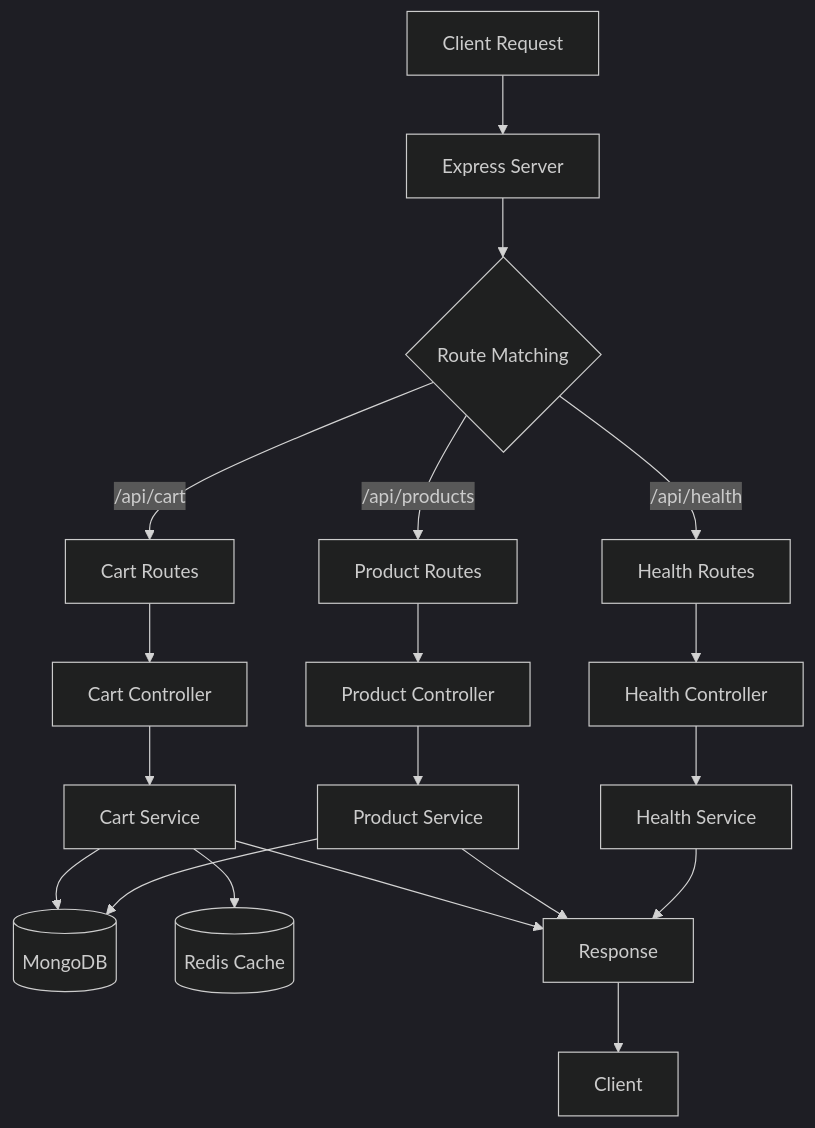
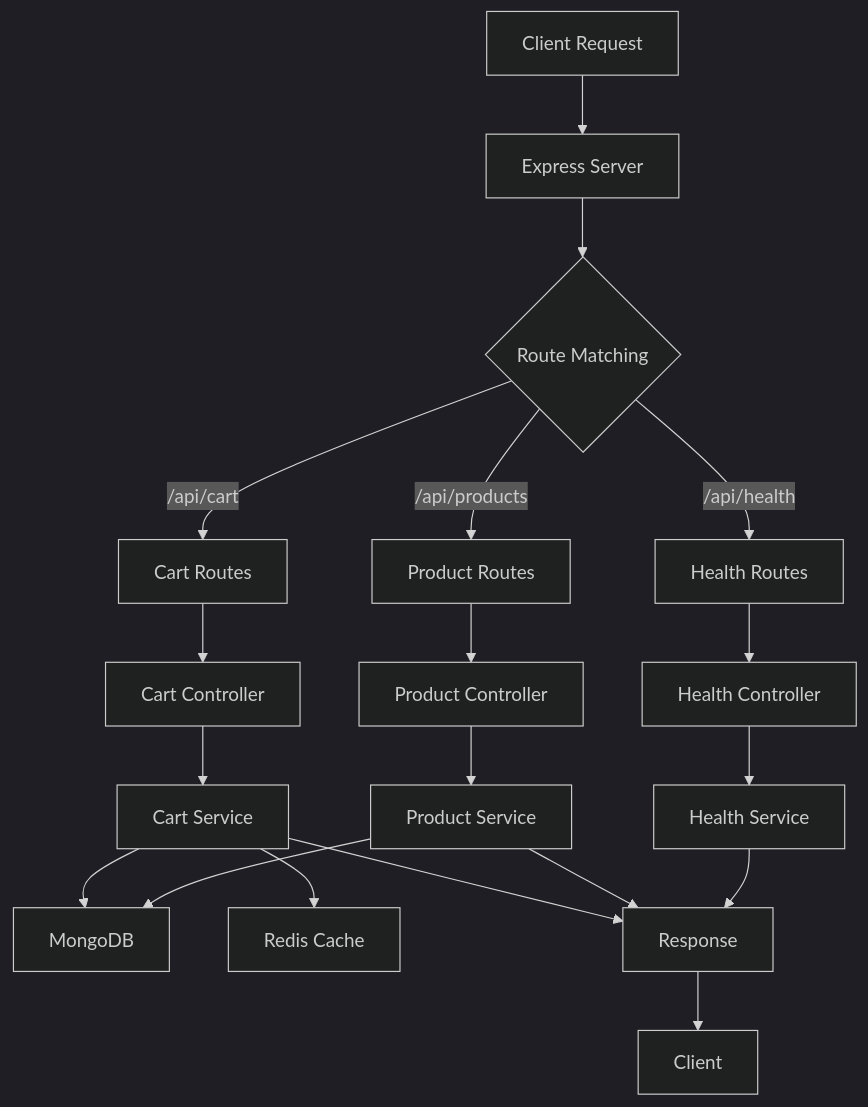
The diagram in SERVER_ARCHITECTURE_MAP.md (shmuelkapiloff/simple-), drawn with Mermaid (dark theme) before and after one commit.

Commit message:
fix: Update Mermaid diagram syntax for GitHub compatibility

````diff
--- a/SERVER_ARCHITECTURE_MAP.md
+++ b/SERVER_ARCHITECTURE_MAP.md
@@ -43,25 +43,25 @@
 ```mermaid
 graph TD
     A[Client Request] --> B[Express Server]
     B --> C{Route Matching}
     C -->|/api/health| D[Health Routes]
     C -->|/api/products| E[Product Routes] 
     C -->|/api/cart| F[Cart Routes]
     
     D --> G[Health Controller]
     E --> H[Product Controller]
     F --> I[Cart Controller]
     
     G --> J[Health Service]
     H --> K[Product Service]
     I --> L[Cart Service]
     
-    K --> M[(MongoDB)]
-    L --> N[(Redis Cache)]
+    K --> M[MongoDB]
+    L --> N[Redis Cache]
     L --> M
     
     J --> O[Response]
     K --> O
     L --> O
     O --> P[Client]
 ```
````
